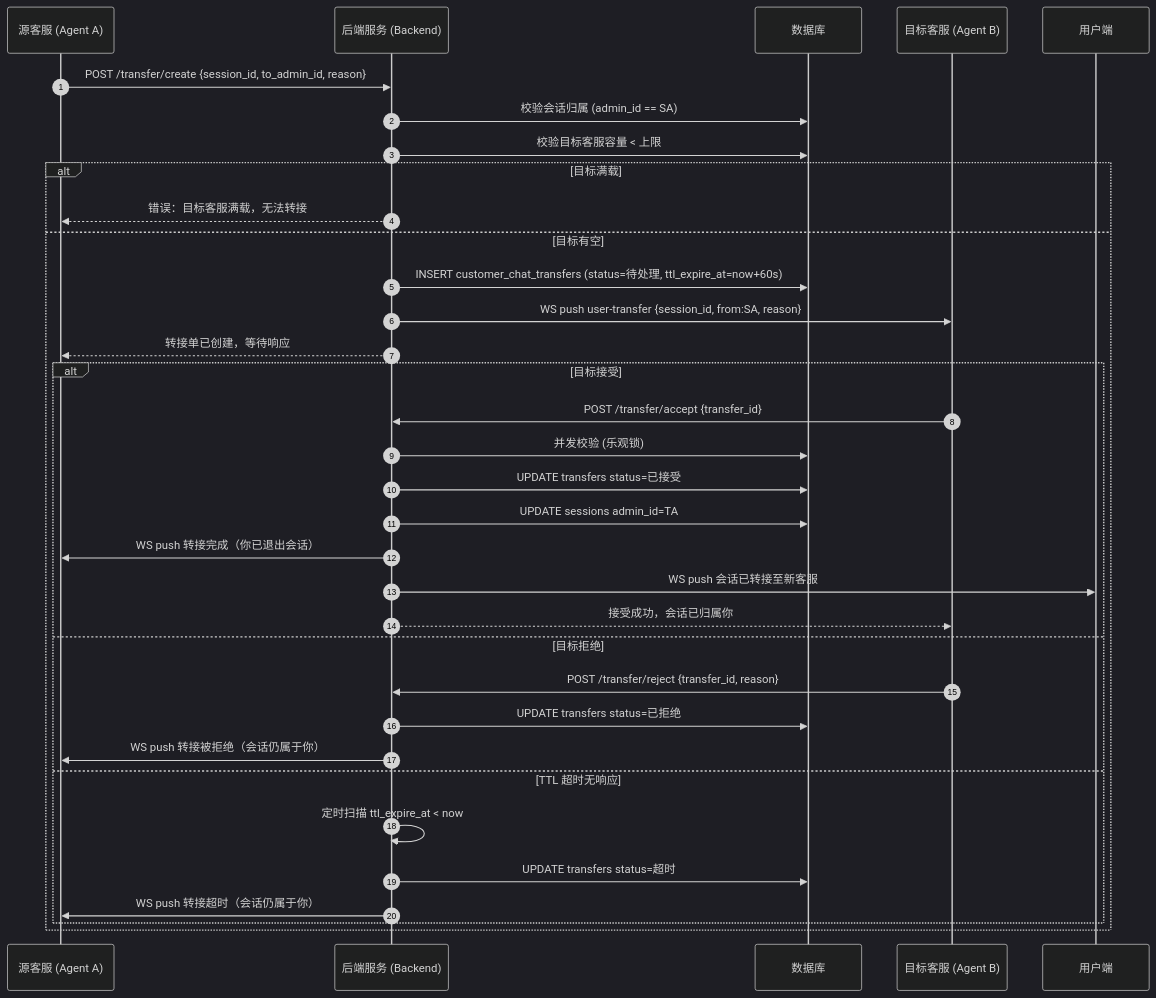
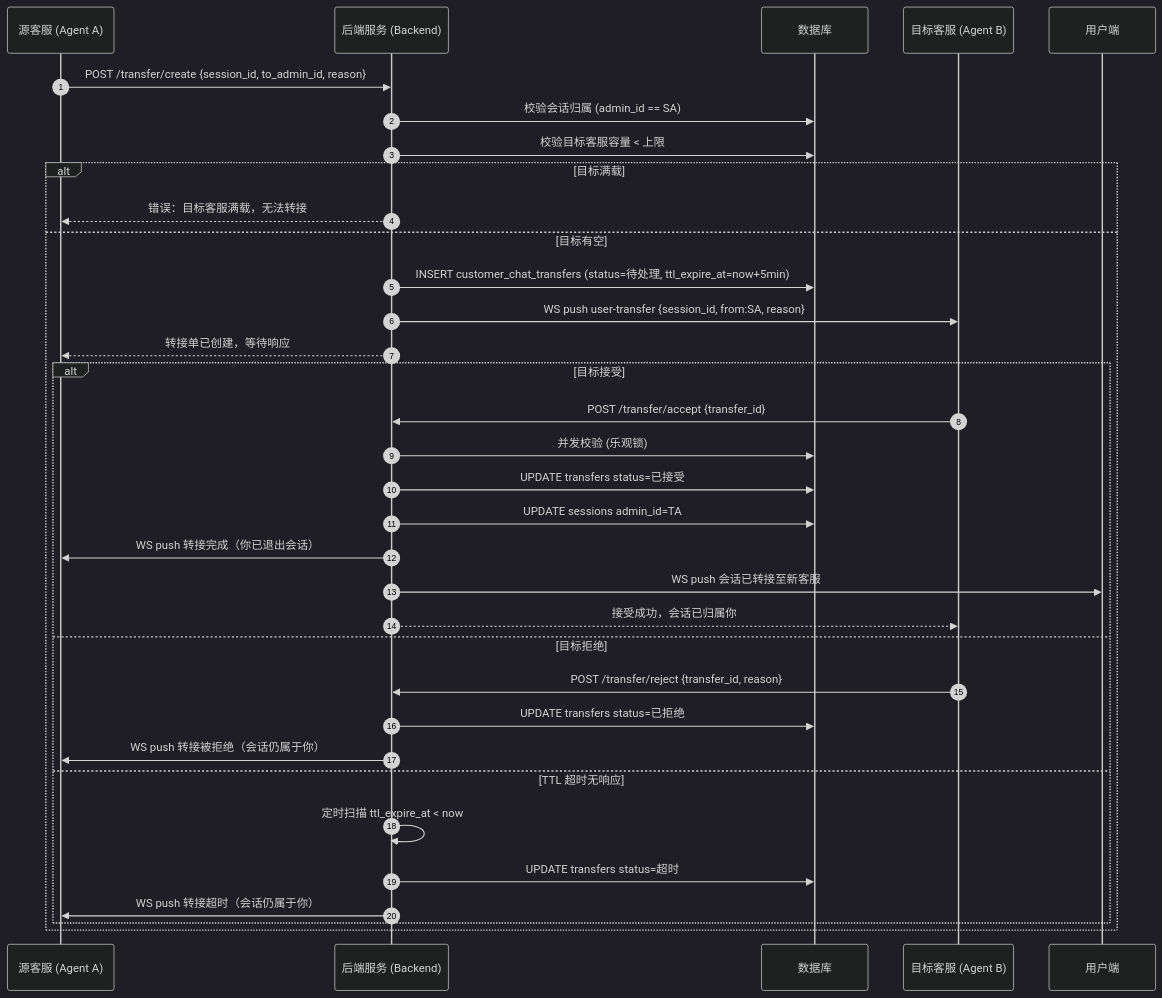
The ninth of 10 diagrams in prototype-cs/doc-pm/V1.0/业务逻辑清单_V1.0.md (lyuxiaohei/OCS), drawn with Mermaid (dark theme) before and after one commit. The commit also changed other lines of this file and 17 other files, not shown here.

````diff
--- a/prototype-cs/doc-pm/V1.0/业务逻辑清单_V1.0.md
+++ b/prototype-cs/doc-pm/V1.0/业务逻辑清单_V1.0.md
@@ -1084,38 +1145,38 @@
 ```mermaid
 sequenceDiagram
     autonumber
     participant SA as 源客服 (Agent A)
     participant B as 后端服务 (Backend)
     participant DB as 数据库
     participant TA as 目标客服 (Agent B)
     participant U as 用户端
 
     SA->>B: POST /transfer/create {session_id, to_admin_id, reason}
     B->>DB: 校验会话归属 (admin_id == SA)
     B->>DB: 校验目标客服容量 < 上限
     alt 目标满载
         B-->>SA: 错误：目标客服满载，无法转接
     else 目标有空
-        B->>DB: INSERT customer_chat_transfers (status=待处理, ttl_expire_at=now+60s)
+        B->>DB: INSERT customer_chat_transfers (status=待处理, ttl_expire_at=now+5min)
         B->>TA: WS push user-transfer {session_id, from:SA, reason}
         B-->>SA: 转接单已创建，等待响应
 
         alt 目标接受
             TA->>B: POST /transfer/accept {transfer_id}
             B->>DB: 并发校验 (乐观锁)
             B->>DB: UPDATE transfers status=已接受
             B->>DB: UPDATE sessions admin_id=TA
             B->>SA: WS push 转接完成（你已退出会话）
             B->>U: WS push 会话已转接至新客服
             B-->>TA: 接受成功，会话已归属你
         else 目标拒绝
             TA->>B: POST /transfer/reject {transfer_id, reason}
             B->>DB: UPDATE transfers status=已拒绝
             B->>SA: WS push 转接被拒绝（会话仍属于你）
         else TTL 超时无响应
             B->>B: 定时扫描 ttl_expire_at < now
             B->>DB: UPDATE transfers status=超时
             B->>SA: WS push 转接超时（会话仍属于你）
         end
     end
 ```
````
